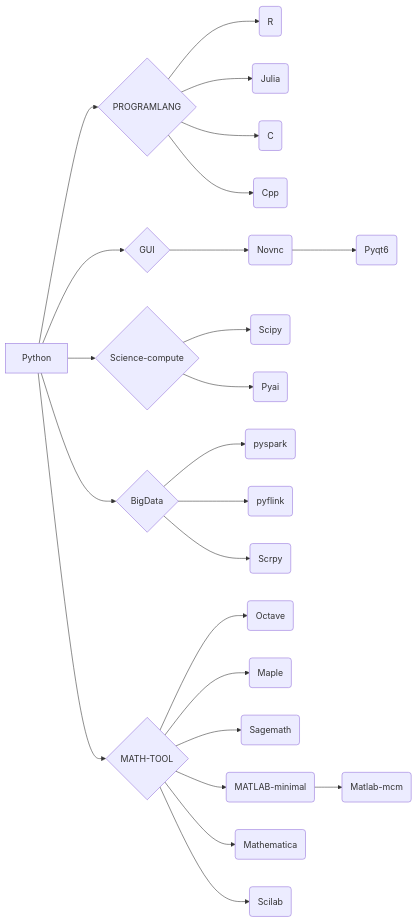
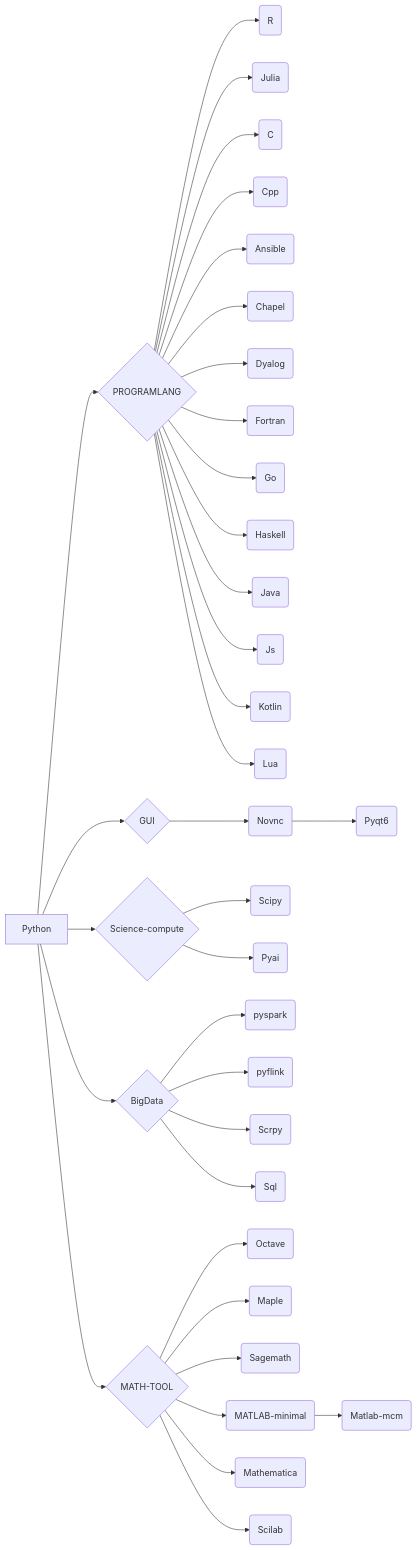
Before and after one commit to ben0i0d/jupyter: the diagram in README.md, drawn with Mermaid. The commit also changed 1 other file, not shown here.

````diff
--- a/README.md
+++ b/README.md
@@ -75,24 +75,36 @@
 ```mermaid
 graph LR
 Python-->P{PROGRAMLANG}
 P-->PA(R)
 P-->PB(Julia)
 P-->PC(C)
 P-->PD(Cpp)
+P-->PE(Ansible)
+P-->PF(Chapel)
+P-->PG(Dyalog)
+P-->PH(Fortran)
+P-->PI(Go)
+P-->PJ(Haskell)
+P-->PK(Java)
+P-->PL(Js)
+P-->PM(Kotlin)
+P-->PN(Lua)
+
 
 Python-->G{GUI}-->GA(Novnc)-->GAA(Pyqt6)
 
 Python-->S{Science-compute}-->SA(Scipy)
 S-->SB(Pyai)
 
 Python-->B{BigData}-->BA(pyspark)
 B-->BB(pyflink)
 B-->BC(Scrpy)
+B-->BD(Sql)
 
 Python-->M{MATH-TOOL}-->MA(Octave)
 M-->MB(Maple)
 M-->MC(Sagemath)
 M-->MD(MATLAB-minimal)-->MDA(Matlab-mcm)
 M-->ME(Mathematica)
 M-->MF(Scilab)
 ```
````
